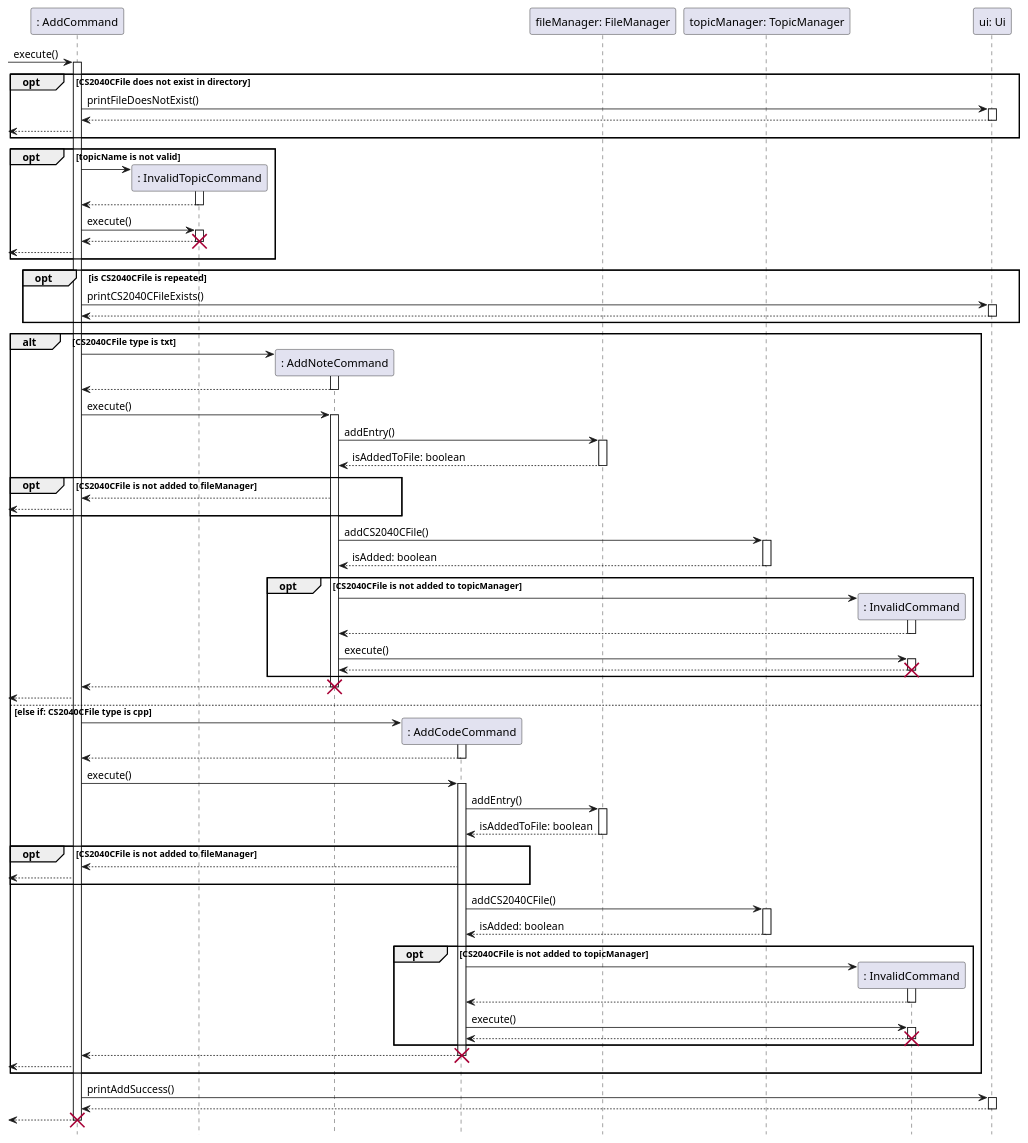
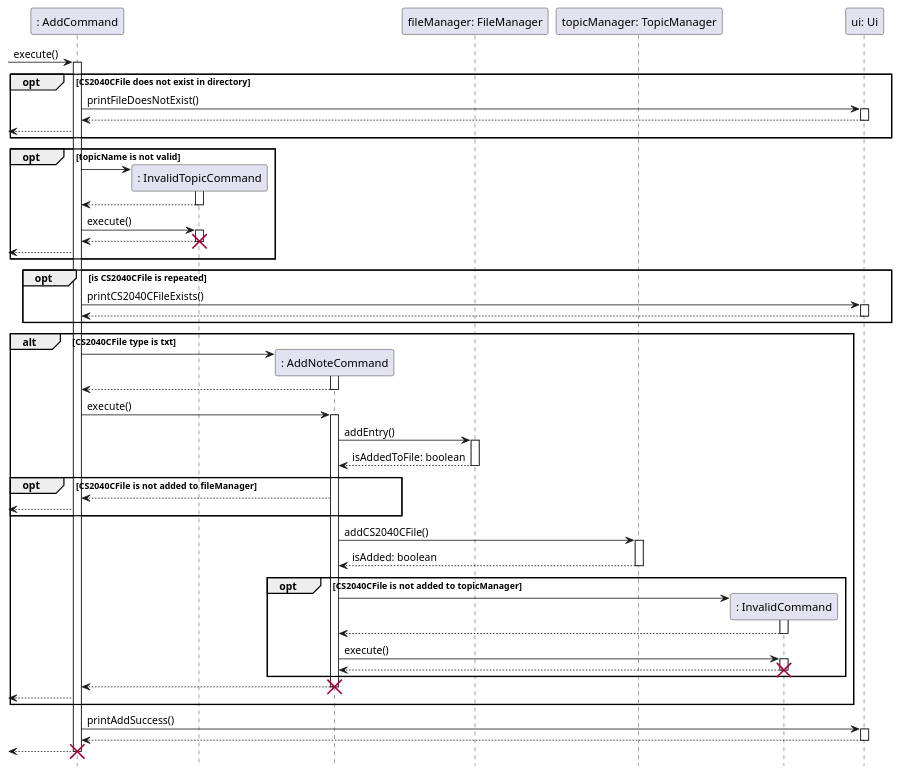
The diagram in docs/sequence-diagrams/source-files/AddFeature.puml (ong-ck/tp), drawn with PlantUML before and after one commit. The commit also changed 1 other file, not shown here.

```diff
--- a/docs/sequence-diagrams/source-files/AddFeature.puml
+++ b/docs/sequence-diagrams/source-files/AddFeature.puml
@@ -1,114 +1,78 @@
 @startuml
 hide footbox
 participant ": AddCommand" as a
 participant ": InvalidTopicCommand" as it
 participant ": AddNoteCommand" as an
-participant ": AddCodeCommand" as ac
 participant "fileManager: FileManager" as fm
 participant "topicManager: TopicManager" as tm
 participant ": InvalidCommand" as ic
 participant "ui: Ui" as ui
 
 -> a : execute()
 activate a
     opt CS2040CFile does not exist in directory
         a -> ui : printFileDoesNotExist()
         activate ui
         return
         <-- a
     end
 
     opt topicName is not valid
         a -> it **
         activate it
         return
 
         a -> it: execute()
         activate it
         return
         destroy it
         <-- a
     end
 
     opt is CS2040CFile is repeated
         a -> ui : printCS2040CFileExists()
         activate ui
         return
     end
 
     alt CS2040CFile type is txt
         a -> an **
         activate an
         return
 
         a -> an : execute()
         activate an
             an -> fm : addEntry()
             activate fm
             return isAddedToFile: boolean
 
             opt CS2040CFile is not added to fileManager
                 an --> a
                 <-- a
             end
 
             an -> tm : addCS2040CFile()
             activate tm
             return isAdded: boolean
 
             opt CS2040CFile is not added to topicManager
                 an -> ic **
                 activate ic
                 return
 
                 an -> ic : execute()
                 activate ic
                 return
                 destroy ic
             end
             return
             destroy an
             <-- a
-
-
-    else else if: CS2040CFile type is cpp
-         a -> ac **
-         activate ac
-         return
-
-         a -> ac : execute()
-         activate ac
-         ac -> fm : addEntry()
-         activate fm
-         return isAddedToFile: boolean
-
-         opt CS2040CFile is not added to fileManager
-             ac --> a
-             <-- a
-         end
-
-        ac -> tm : addCS2040CFile()
-        activate tm
-        return isAdded: boolean
-
-        opt CS2040CFile is not added to topicManager
-            ac -> ic **
-            activate ic
-        return
-
-        ac -> ic : execute()
-            activate ic
-            return
-            destroy ic
-        end
-        return
-        destroy ac
-        <-- a
     end
     a -> ui : printAddSuccess()
     activate ui
     return
 return
 destroy a
 
 @enduml
```
